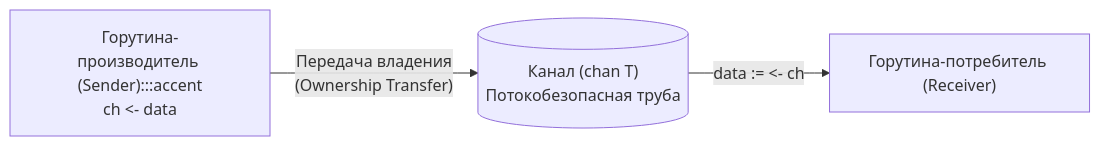
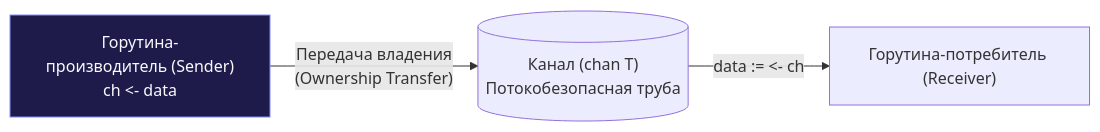
One commit to UnrealTemplier/go-textbook-ru changed the first of 4 diagrams in sources/5. Учебник по Go (Основы и синтаксис)/36. Каналы. Передача данных между горутинами.md. Above: the diagram before and after it, drawn with Mermaid. The commit also changed 40 other files, not shown here.

First line of the commit message:
fix(mermaid): move :::class out of 48 quoted node labels

````diff
--- a/sources/5. Учебник по Go (Основы и синтаксис)/36. Каналы. Передача данных между горутинами.md
+++ b/sources/5. Учебник по Go (Основы и синтаксис)/36. Каналы. Передача данных между горутинами.md
@@ -25,15 +25,15 @@
 ```mermaid
 flowchart LR
     classDef process  fill:#1e293b,stroke:#38bdf8,stroke-width:1px,color:#f8fafc
     classDef success  fill:#064e3b,stroke:#34d399,stroke-width:1px,color:#f8fafc
     classDef error    fill:#7f1d1d,stroke:#f87171,stroke-width:1px,color:#f8fafc
     classDef warning  fill:#78350f,stroke:#fbbf24,stroke-width:1px,color:#f8fafc
     classDef entry    fill:#1e3a5f,stroke:#38bdf8,stroke-width:2px,color:#f8fafc
     classDef aux      fill:#334155,stroke:#64748b,stroke-width:1px,color:#f8fafc
     classDef system   fill:#312e81,stroke:#a78bfa,stroke-width:1px,color:#f8fafc
     classDef data     fill:#132d29,stroke:#2dd4bf,stroke-width:1px,color:#f8fafc
     classDef network  fill:#881337,stroke:#fb7185,stroke-width:1px,color:#f8fafc
     classDef accent   fill:#1e1b4b,stroke:#818cf8,stroke-width:1px,color:#f8fafc
-    G1["Горутина-производитель (Sender):::accent<br>ch <- data"] -->|"Передача владения<br>(Ownership Transfer)"| Pipe[("Канал (chan T)<br>Потокобезопасная труба")]
+    G1["Горутина-производитель (Sender)<br>ch <- data"]:::accent -->|"Передача владения<br>(Ownership Transfer)"| Pipe[("Канал (chan T)<br>Потокобезопасная труба")]
     Pipe -->|"data := <- ch"| G2["Горутина-потребитель (Receiver)"]
 ```
````
